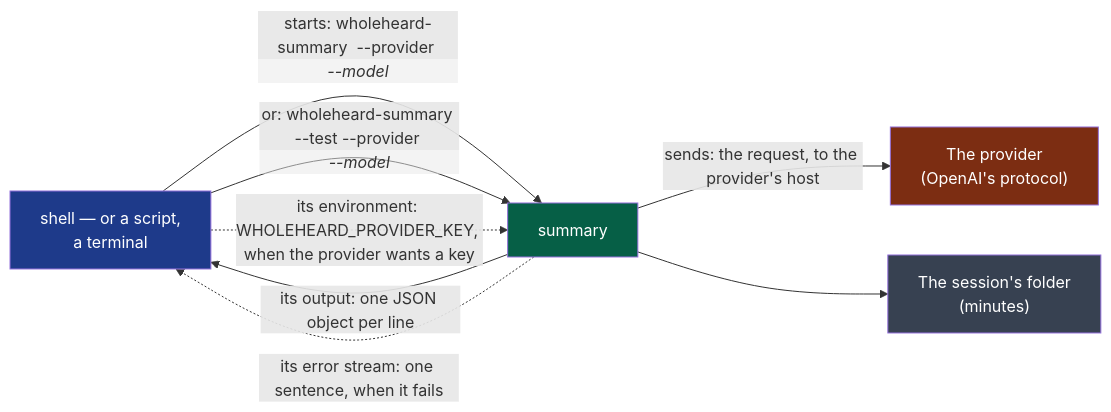
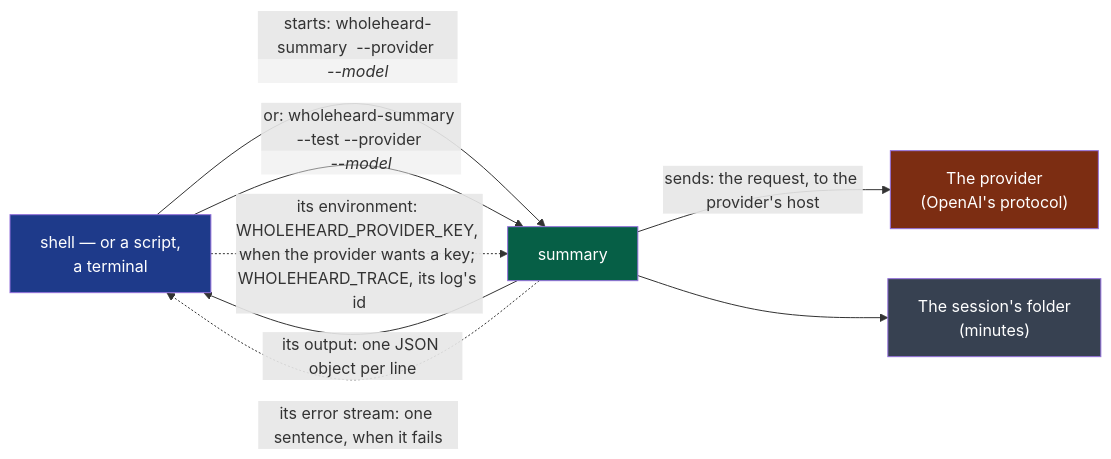
Before and after one commit to NapkinStack/wholeheard: the diagram in contracts/summarising/v1/README.md, drawn with Mermaid. The commit also changed other lines of this file and 1 other file, not shown here.

First line of the commit message:
D29 — recording and summarising say the log a program is given

````diff
--- a/contracts/summarising/v1/README.md
+++ b/contracts/summarising/v1/README.md
@@ -6,15 +6,15 @@
 ```mermaid
 flowchart LR
     S["shell — or a script,<br/>a terminal"]:::consumer -->|"starts: wholeheard-summary <session-folder> --provider <address> --model <name>"| M["summary"]:::producer
     S -->|"or: wholeheard-summary --test --provider <address> --model <name>"| M
-    S -.->|"its environment: WHOLEHEARD_PROVIDER_KEY, when the provider wants a key"| M
+    S -.->|"its environment: WHOLEHEARD_PROVIDER_KEY, when the provider wants a key; WHOLEHEARD_TRACE, its log's id"| M
     M -->|"its output: one JSON object per line"| S
     M -.->|"its error stream: one sentence, when it fails"| S
     M -->|"sends: the request, to the provider's host"| P["The provider<br/>(OpenAI's protocol)"]:::outside
     M --> F["The session's folder<br/>(minutes)"]:::file
 
     classDef producer fill:#065f46,color:#fff
     classDef consumer fill:#1e3a8a,color:#fff
     classDef outside fill:#7c2d12,color:#fff
     classDef file fill:#374151,color:#fff
 ```
````
